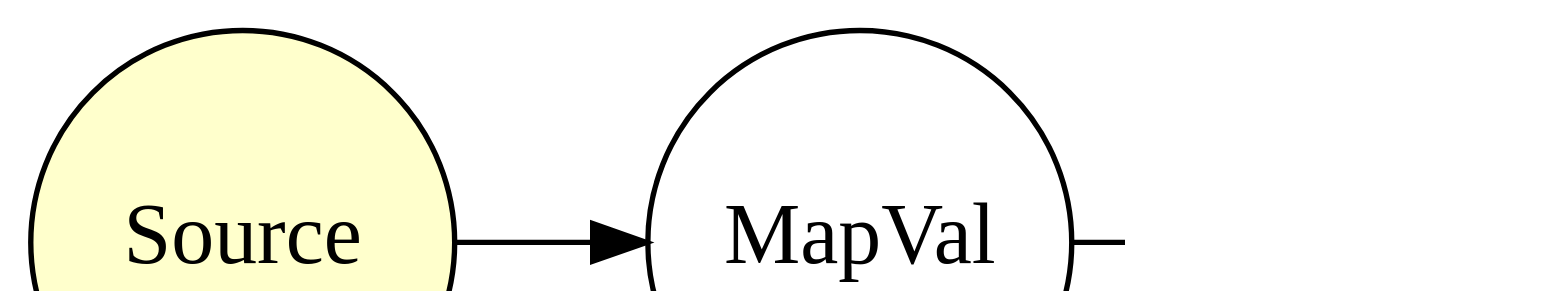
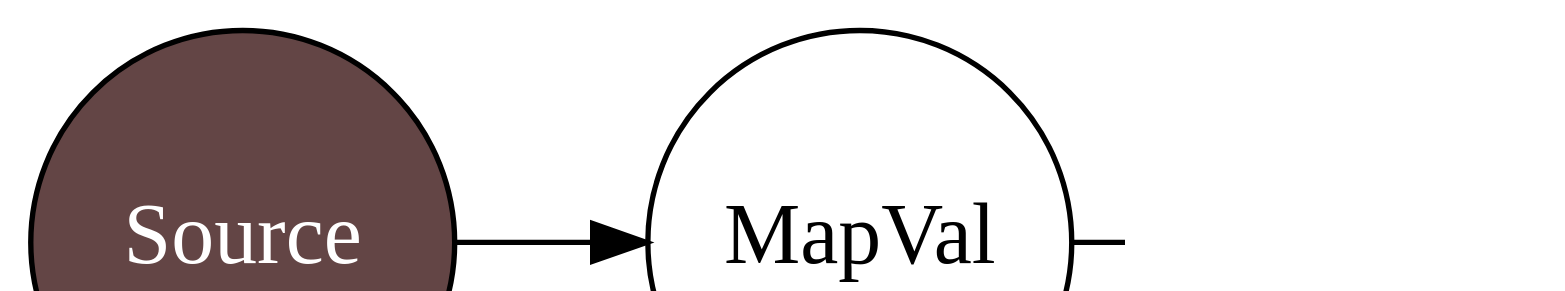
One commit to inponomarev/kafka-hjs changed diagram 35 of 55 in src/main/asciidoc/lecture.adoc. Above: the diagram before and after it, drawn with Graphviz. The commit also changed other lines of this file and 18 other files, not shown here.

```diff
--- a/src/main/asciidoc/lecture.adoc
+++ b/src/main/asciidoc/lecture.adoc
@@ -1755,11 +1757,11 @@
 [graphviz, "yelling-topology1.png"]
 -----
 digraph G {
 graph [ dpi = 150 ]; 
 rankdir="LR";
 node [fontsize=16; shape="circle"; fixedsize="true"; width="1.1"];
-Source[style=filled; fillcolor="#ffffcc"];
+Source[style=filled; fillcolor="#634545"; fontcolor="#ffffff"];
 Source -> MapVal -> Sink
 
 }
 -----
```
